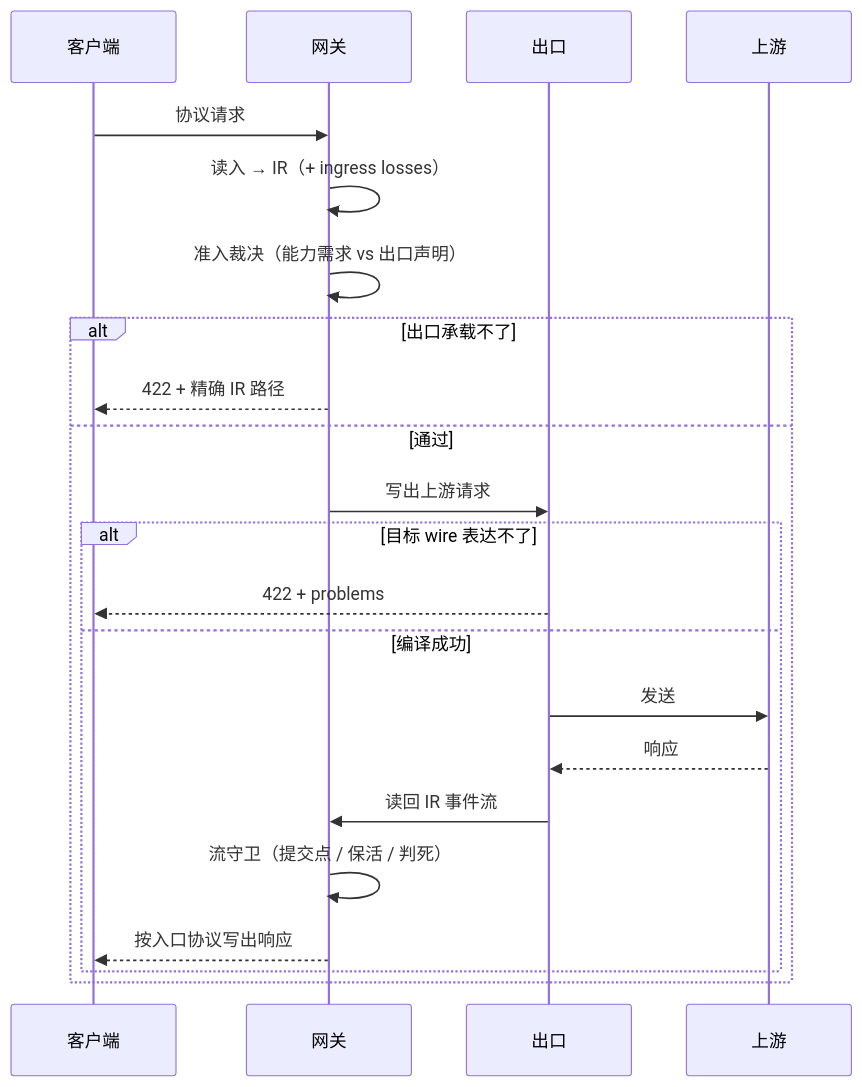
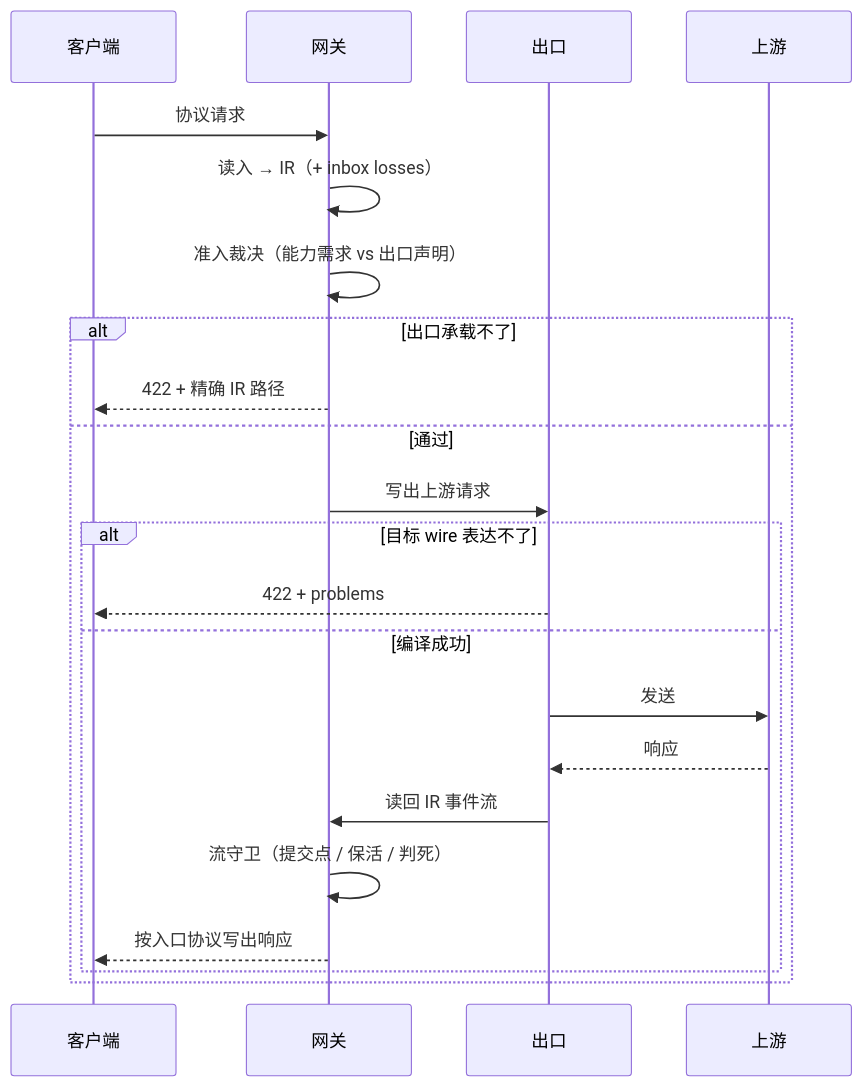
One commit to junknet/agent-ir changed the third of 5 diagrams in docs/ARCHITECTURE.md. Above: the diagram before and after it, drawn with Mermaid. The commit also changed other lines of this file and 76 other files, not shown here.

````diff
--- a/docs/ARCHITECTURE.md
+++ b/docs/ARCHITECTURE.md
@@ -102,25 +147,25 @@
 ```mermaid
 sequenceDiagram
   participant C as 客户端
   participant G as 网关
   participant O as 出口
   participant U as 上游
 
   C->>G: 协议请求
-  G->>G: 读入 → IR（+ ingress losses）
+  G->>G: 读入 → IR（+ inbox losses）
   G->>G: 准入裁决（能力需求 vs 出口声明）
   alt 出口承载不了
     G-->>C: 422 + 精确 IR 路径
   else 通过
     G->>O: 写出上游请求
     alt 目标 wire 表达不了
       O-->>C: 422 + problems
     else 编译成功
       O->>U: 发送
       U-->>O: 响应
       O->>G: 读回 IR 事件流
       G->>G: 流守卫（提交点 / 保活 / 判死）
       G-->>C: 按入口协议写出响应
     end
   end
 ```
````
